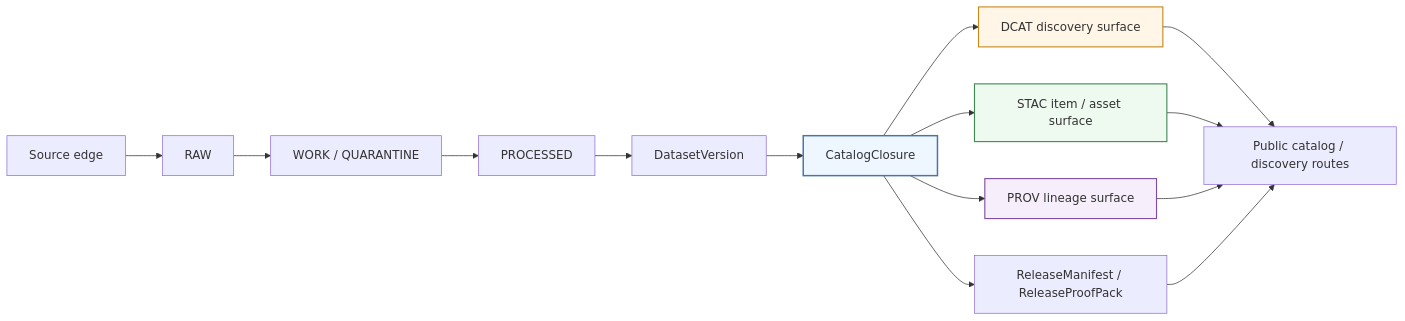
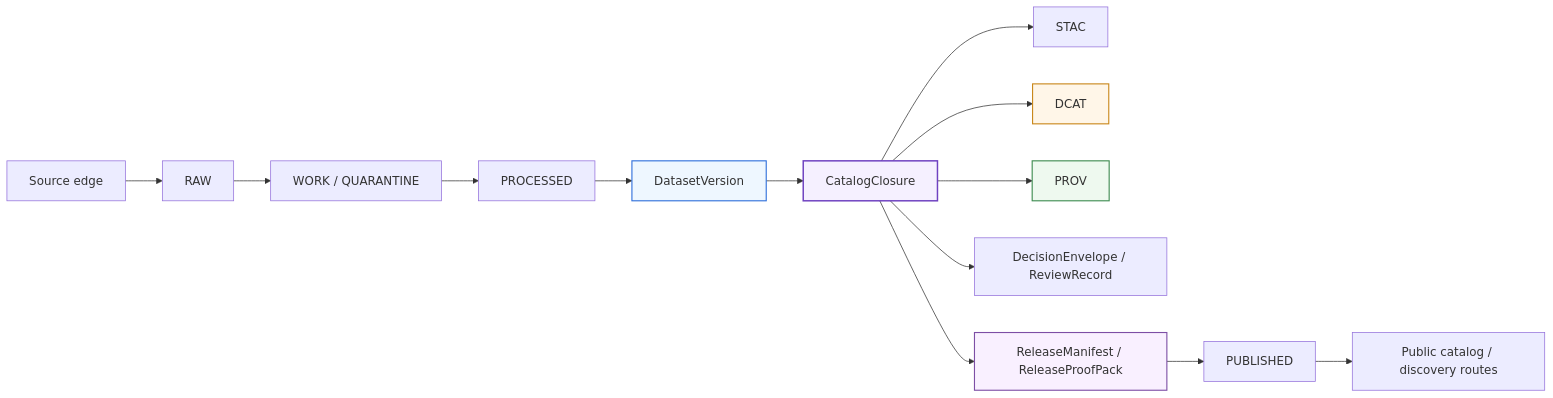
The diagram in docs/standards/KFM_DCAT_PROFILE.md (bartytime4life/Kansas-Frontier-Matrix), drawn with Mermaid before and after one commit. The commit also changed other lines of this file, not shown here.

First line of the commit message:
Revise KFM DCAT Profile metadata and content

````diff
--- a/docs/standards/KFM_DCAT_PROFILE.md
+++ b/docs/standards/KFM_DCAT_PROFILE.md
@@ -175,22 +150,21 @@
 ```mermaid
 flowchart LR
     A[Source edge] --> B[RAW]
     B --> C[WORK / QUARANTINE]
     C --> D[PROCESSED]
     D --> E[DatasetVersion]
     E --> F[CatalogClosure]
-    F --> G[DCAT discovery surface]
-    F --> H[STAC item / asset surface]
-    F --> I[PROV lineage surface]
-    F --> J[ReleaseManifest / ReleaseProofPack]
+    F --> G[STAC]
+    F --> H[DCAT]
+    F --> I[PROV]
+    F --> J[DecisionEnvelope / ReviewRecord]
+    F --> K[ReleaseManifest / ReleaseProofPack]
+    K --> L[PUBLISHED]
+    L --> M[Public catalog / discovery routes]
 
-    G --> K[Public catalog / discovery routes]
-    H --> K
-    I --> K
-    J --> K
-
-    style F fill:#eef6ff,stroke:#4a74a8,stroke-width:2px
-    style G fill:#fff6e8,stroke:#c9871a,stroke-width:1.5px
-    style H fill:#eef9ef,stroke:#3d8b50,stroke-width:1.5px
-    style I fill:#f7eefb,stroke:#7d4ea5,stroke-width:1.5px
+    style E fill:#eef7ff,stroke:#2f6fdb,stroke-width:1.5px
+    style F fill:#f5f0ff,stroke:#6f42c1,stroke-width:2px
+    style H fill:#fff6e8,stroke:#c9871a,stroke-width:1.5px
+    style I fill:#eef9ef,stroke:#3d8b50,stroke-width:1.5px
+    style K fill:#f9f0ff,stroke:#7d4ea5,stroke-width:1.5px
 ```
````
